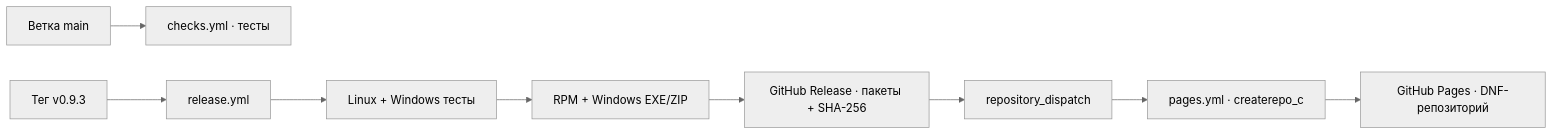
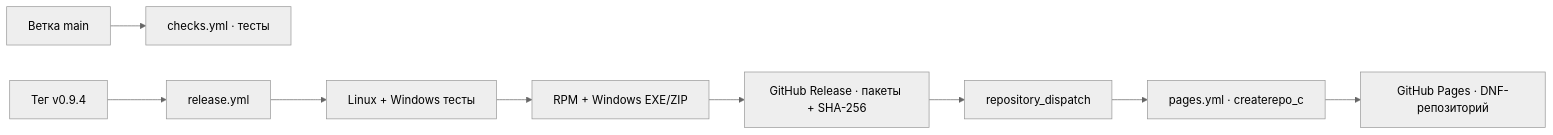
The second of 3 diagrams in PROGRAM_MAP.md (Kostya5232/naps3-redos), drawn with Mermaid (neutral theme) before and after one commit. The commit also changed other lines of this file and 6 other files, not shown here.

````diff
--- a/PROGRAM_MAP.md
+++ b/PROGRAM_MAP.md
@@ -91,11 +91,11 @@
 ```mermaid
 flowchart LR
     MainBranch["Ветка main"] --> Checks["checks.yml · тесты"]
-    Tag["Тег v0.9.3"] --> Release["release.yml"]
+    Tag["Тег v0.9.4"] --> Release["release.yml"]
     Release --> Tests["Linux + Windows тесты"]
     Tests --> Build["RPM + Windows EXE/ZIP"]
     Build --> Assets["GitHub Release · пакеты + SHA-256"]
     Assets --> Dispatch["repository_dispatch"]
     Dispatch --> Pages["pages.yml · createrepo_c"]
     Pages --> DNF["GitHub Pages · DNF-репозиторий"]
 ```
````
